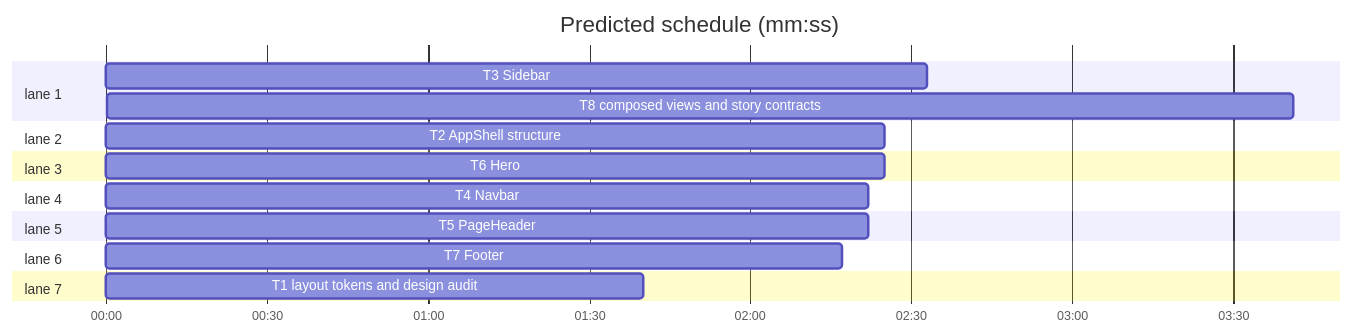
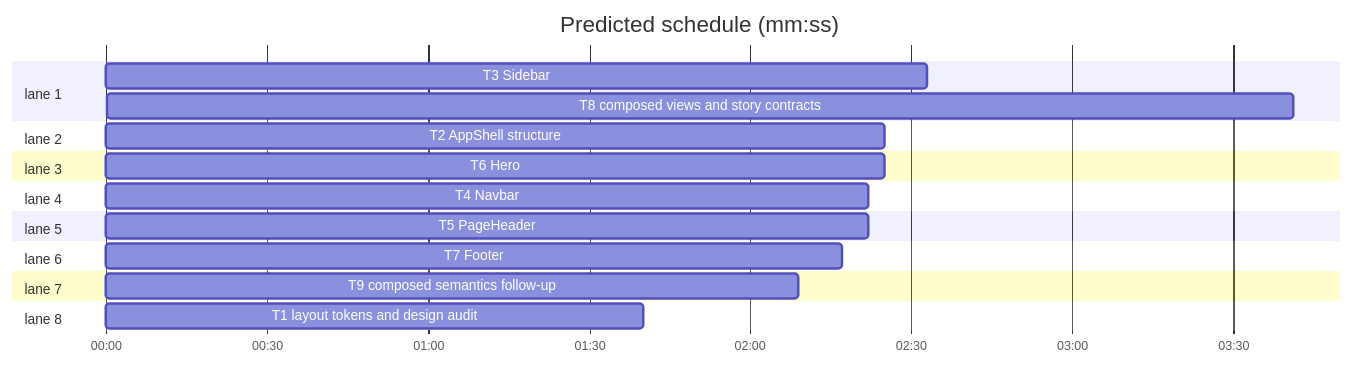
One commit to t128n/design changed the second of 2 diagrams in docs/plans/2026-10-31-layout-system-refinement.md. Above: the diagram before and after it, drawn with Mermaid. The commit also changed other lines of this file and 2 other files, not shown here.

Commit message:
T8: composed views and story contracts

````diff
--- a/docs/plans/2026-10-31-layout-system-refinement.md
+++ b/docs/plans/2026-10-31-layout-system-refinement.md
@@ -34,22 +35,24 @@
 ```mermaid
 %% schedule
 gantt
   title Predicted schedule (mm:ss)
   dateFormat X
   axisFormat %M:%S
   section lane 1
   T3 Sidebar :t3, 0, 153s
   T8 composed views and story contracts :t8, 153, 221s
   section lane 2
   T2 AppShell structure :t2, 0, 145s
   section lane 3
   T6 Hero :t6, 0, 145s
   section lane 4
   T4 Navbar :t4, 0, 142s
   section lane 5
   T5 PageHeader :t5, 0, 142s
   section lane 6
   T7 Footer :t7, 0, 137s
   section lane 7
+  T9 composed semantics follow-up :t9, 0, 129s
+  section lane 8
   T1 layout tokens and design audit :t1, 0, 100s
 ```
````
